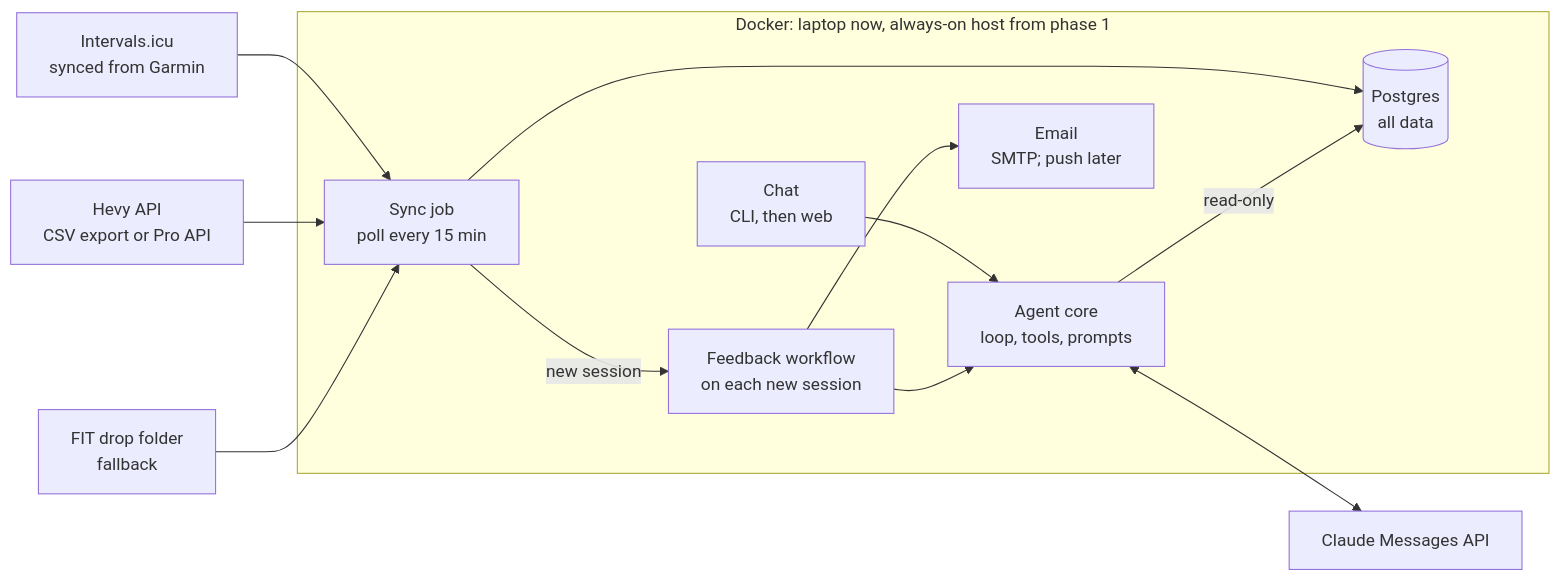
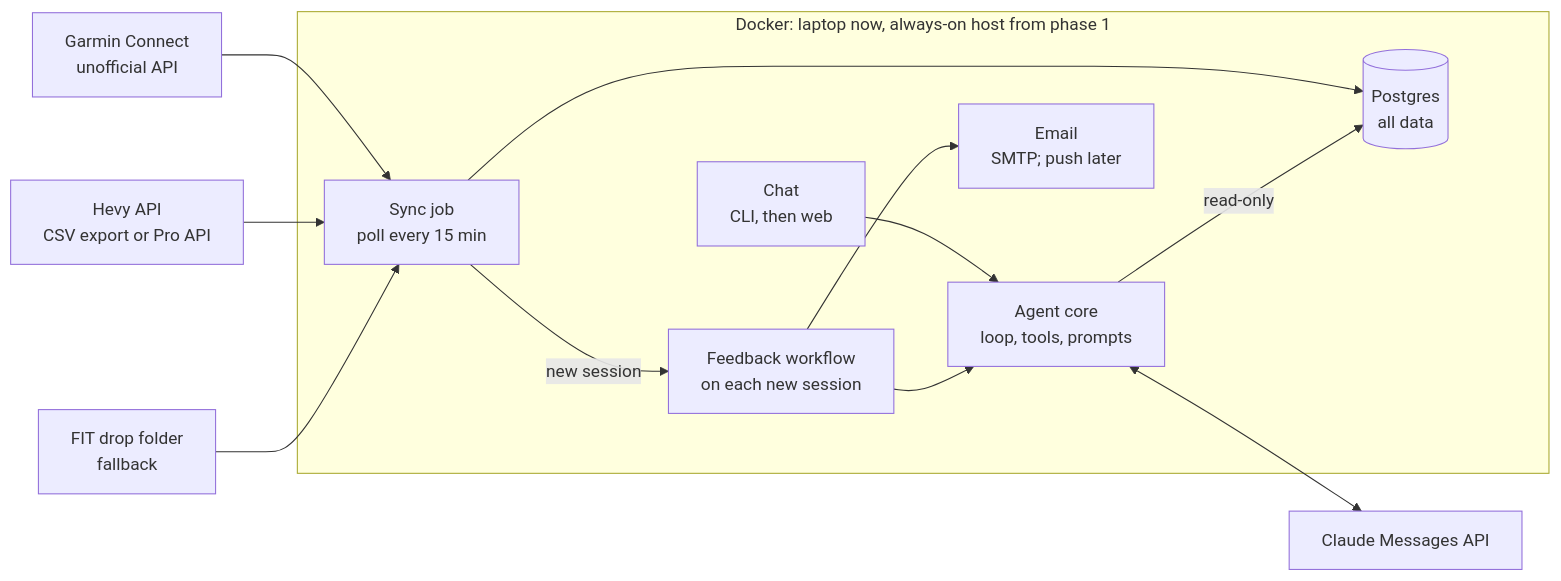
One commit to asierba/sasoi changed the diagram in Plan.md. Above: the diagram before and after it, drawn with Mermaid. The commit also changed other lines of this file and 2 other files, not shown here.

First line of the commit message:
feat: spike the unofficial Garmin Connect API as the run source

````diff
--- a/Plan.md
+++ b/Plan.md
@@ -47,27 +48,27 @@
 ```mermaid
 flowchart LR
-    intervals["Intervals.icu<br/>synced from Garmin"]
+    garmin["Garmin Connect<br/>unofficial API"]
     hevy["Hevy API<br/>CSV export or Pro API"]
     fit["FIT drop folder<br/>fallback"]
     claude["Claude Messages API"]
 
     subgraph docker["Docker: laptop now, always-on host from phase 1"]
         sync["Sync job<br/>poll every 15 min"]
         pg[("Postgres<br/>all data")]
         chat["Chat<br/>CLI, then web"]
         agent["Agent core<br/>loop, tools, prompts"]
         feedback["Feedback workflow<br/>on each new session"]
         email["Email<br/>SMTP; push later"]
     end
 
-    intervals --> sync
+    garmin --> sync
     hevy --> sync
     fit --> sync
     sync --> pg
     sync -- new session --> feedback
     chat --> agent
     agent -- read-only --> pg
     feedback --> agent
     feedback --> email
     agent <--> claude
 ```
````
